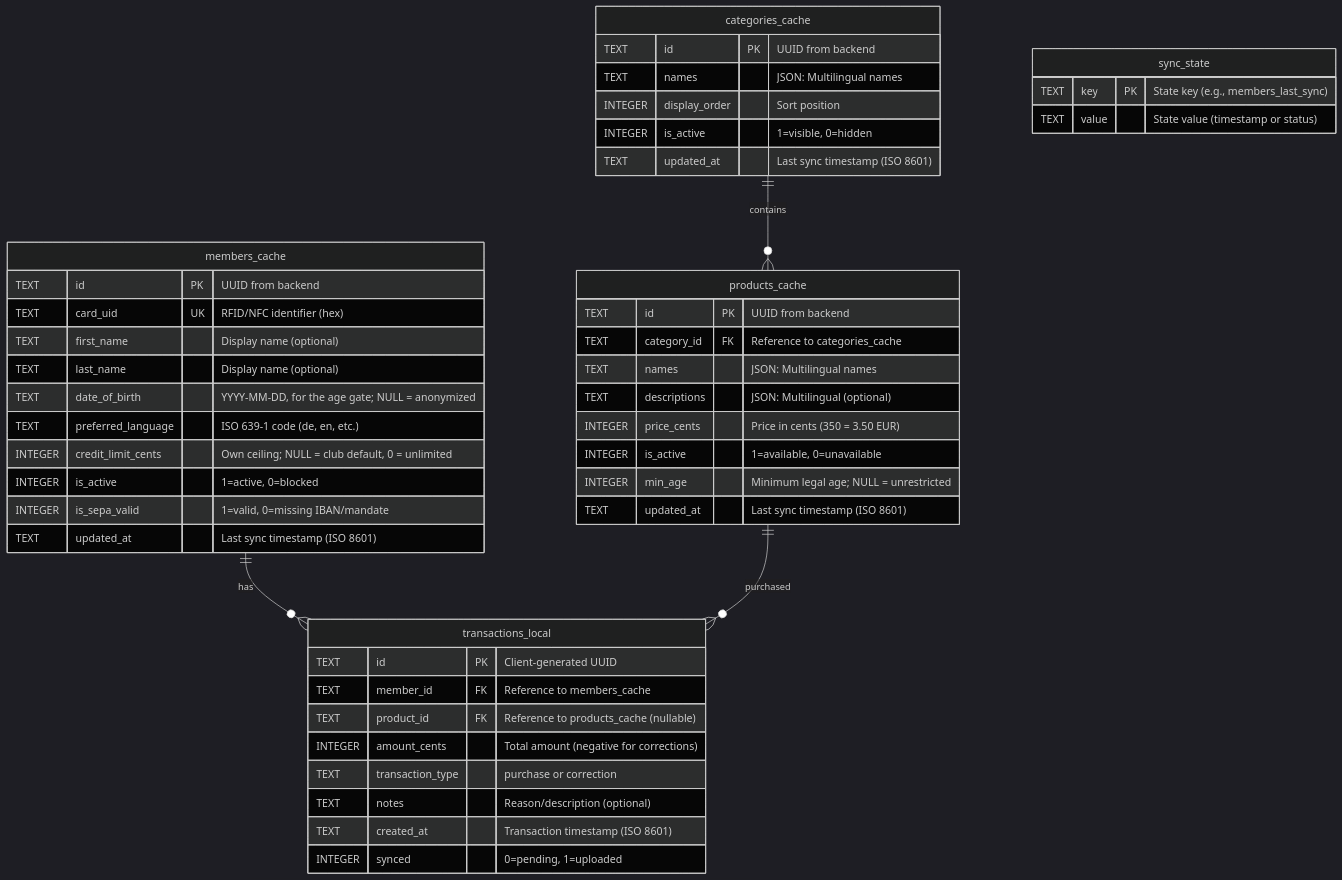
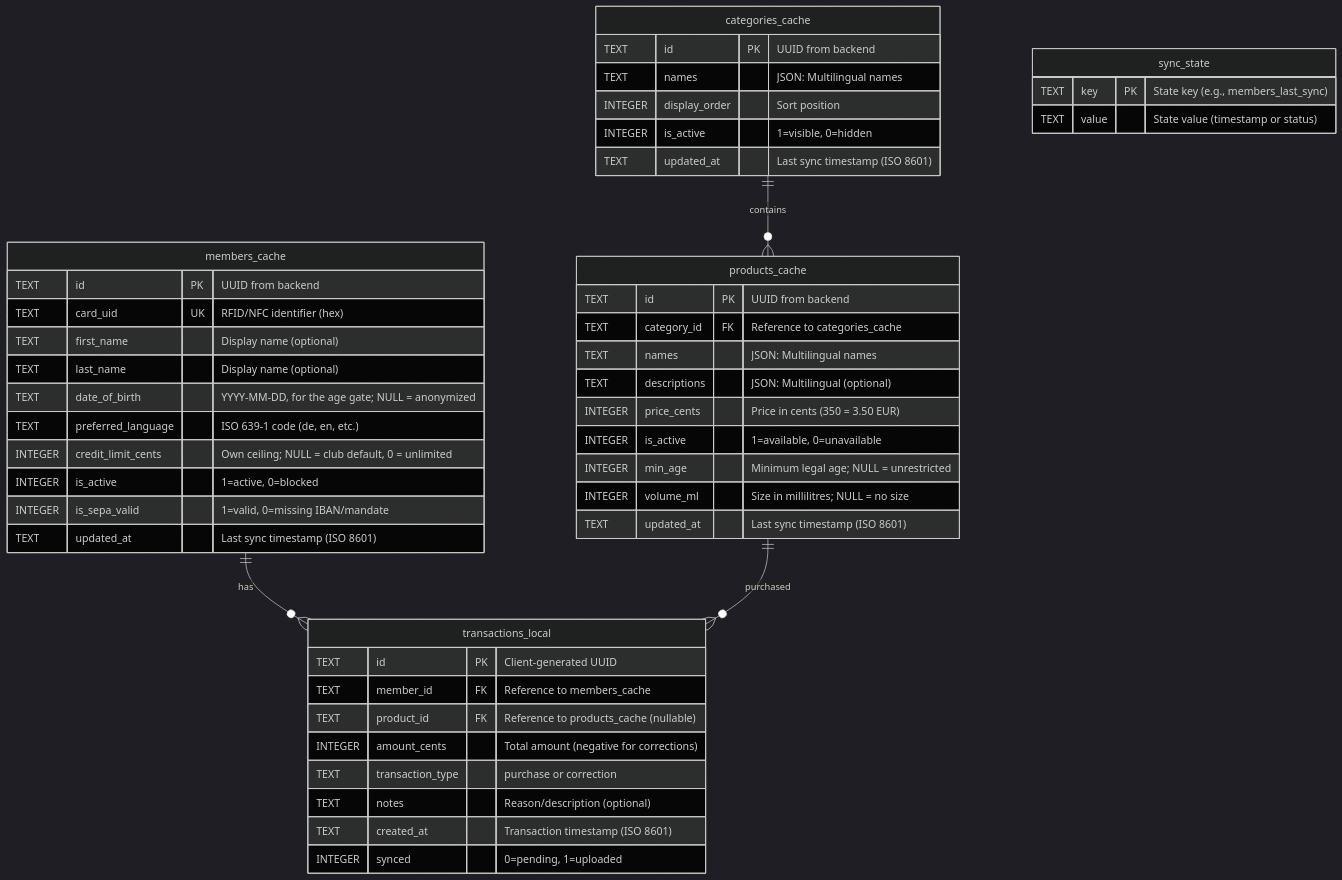
One commit to dgloeckner/clubbar changed the first of 3 diagrams in docs/erm-frontend.md. Above: the diagram before and after it, drawn with Mermaid (dark theme). The commit also changed other lines of this file and 95 other files, not shown here.

````diff
--- a/docs/erm-frontend.md
+++ b/docs/erm-frontend.md
@@ -23,54 +23,55 @@
 ```mermaid
 erDiagram
     members_cache {
         TEXT id PK "UUID from backend"
         TEXT card_uid UK "RFID/NFC identifier (hex)"
         TEXT first_name "Display name (optional)"
         TEXT last_name "Display name (optional)"
         TEXT date_of_birth "YYYY-MM-DD, for the age gate; NULL = anonymized"
         TEXT preferred_language "ISO 639-1 code (de, en, etc.)"
         INTEGER credit_limit_cents "Own ceiling; NULL = club default, 0 = unlimited"
         INTEGER is_active "1=active, 0=blocked"
         INTEGER is_sepa_valid "1=valid, 0=missing IBAN/mandate"
         TEXT updated_at "Last sync timestamp (ISO 8601)"
     }
 
     categories_cache {
         TEXT id PK "UUID from backend"
         TEXT names "JSON: Multilingual names"
         INTEGER display_order "Sort position"
         INTEGER is_active "1=visible, 0=hidden"
         TEXT updated_at "Last sync timestamp (ISO 8601)"
     }
 
     products_cache {
         TEXT id PK "UUID from backend"
         TEXT category_id FK "Reference to categories_cache"
         TEXT names "JSON: Multilingual names"
         TEXT descriptions "JSON: Multilingual (optional)"
         INTEGER price_cents "Price in cents (350 = 3.50 EUR)"
         INTEGER is_active "1=available, 0=unavailable"
         INTEGER min_age "Minimum legal age; NULL = unrestricted"
+        INTEGER volume_ml "Size in millilitres; NULL = no size"
         TEXT updated_at "Last sync timestamp (ISO 8601)"
     }
 
     transactions_local {
         TEXT id PK "Client-generated UUID"
         TEXT member_id FK "Reference to members_cache"
         TEXT product_id FK "Reference to products_cache (nullable)"
         INTEGER amount_cents "Total amount (negative for corrections)"
         TEXT transaction_type "purchase or correction"
         TEXT notes "Reason/description (optional)"
         TEXT created_at "Transaction timestamp (ISO 8601)"
         INTEGER synced "0=pending, 1=uploaded"
     }
 
     sync_state {
         TEXT key PK "State key (e.g., members_last_sync)"
         TEXT value "State value (timestamp or status)"
     }
 
     categories_cache ||--o{ products_cache : "contains"
     members_cache ||--o{ transactions_local : "has"
     products_cache ||--o{ transactions_local : "purchased"
 ```
````
